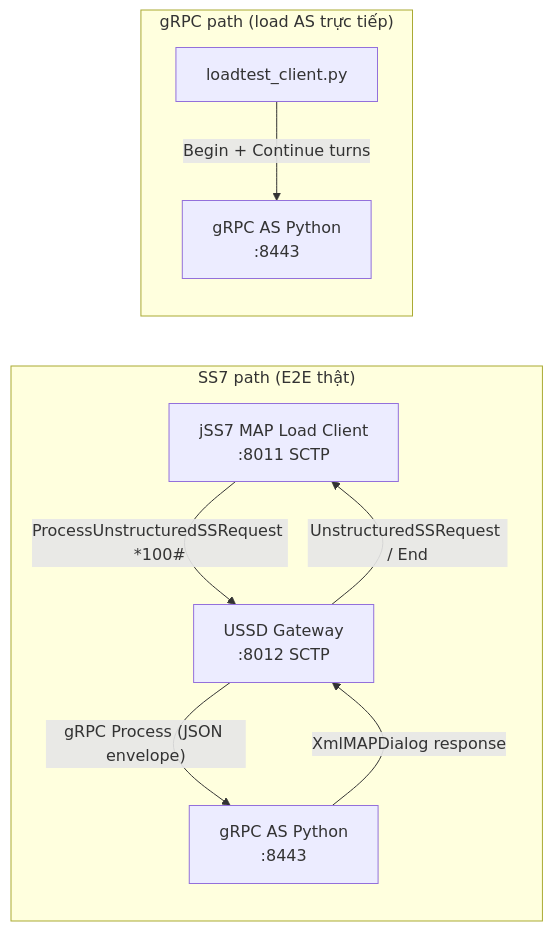
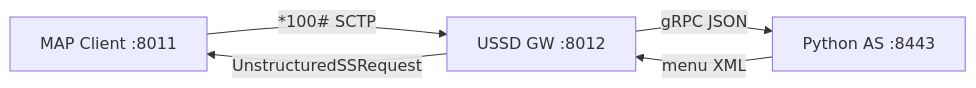
Before and after one commit to nhanth87/ussdgw: the diagram in docs/e2e-grpc-ussd-test.md, drawn with Mermaid. The commit also changed other lines of this file and 1 other file, not shown here.

````diff
--- a/docs/e2e-grpc-ussd-test.md
+++ b/docs/e2e-grpc-ussd-test.md
@@ -16,18 +409,7 @@
 ```mermaid
 flowchart LR
-  subgraph ss7["SS7 path (E2E thật)"]
-    MAP["jSS7 MAP Load Client\n:8011 SCTP"]
-    GW["USSD Gateway\n:8012 SCTP"]
-    GRPC["gRPC AS Python\n:8443"]
-    MAP -->|"ProcessUnstructuredSSRequest *100#"| GW
-    GW -->|"gRPC Process (JSON envelope)"| GRPC
-    GRPC -->|"XmlMAPDialog response"| GW
-    GW -->|"UnstructuredSSRequest / End"| MAP
-  end
-
-  subgraph grpc_only["gRPC path (load AS trực tiếp)"]
-    LT["loadtest_client.py"]
-    GRPC2["gRPC AS Python\n:8443"]
-    LT -->|"Begin + Continue turns"| GRPC2
-  end
+  MAP["MAP Client :8011"] -->|"*100# SCTP"| GW["USSD GW :8012"]
+  GW -->|"gRPC JSON"| AS["Python AS :8443"]
+  AS -->|"menu XML"| GW
+  GW -->|"UnstructuredSSRequest"| MAP
 ```
````
